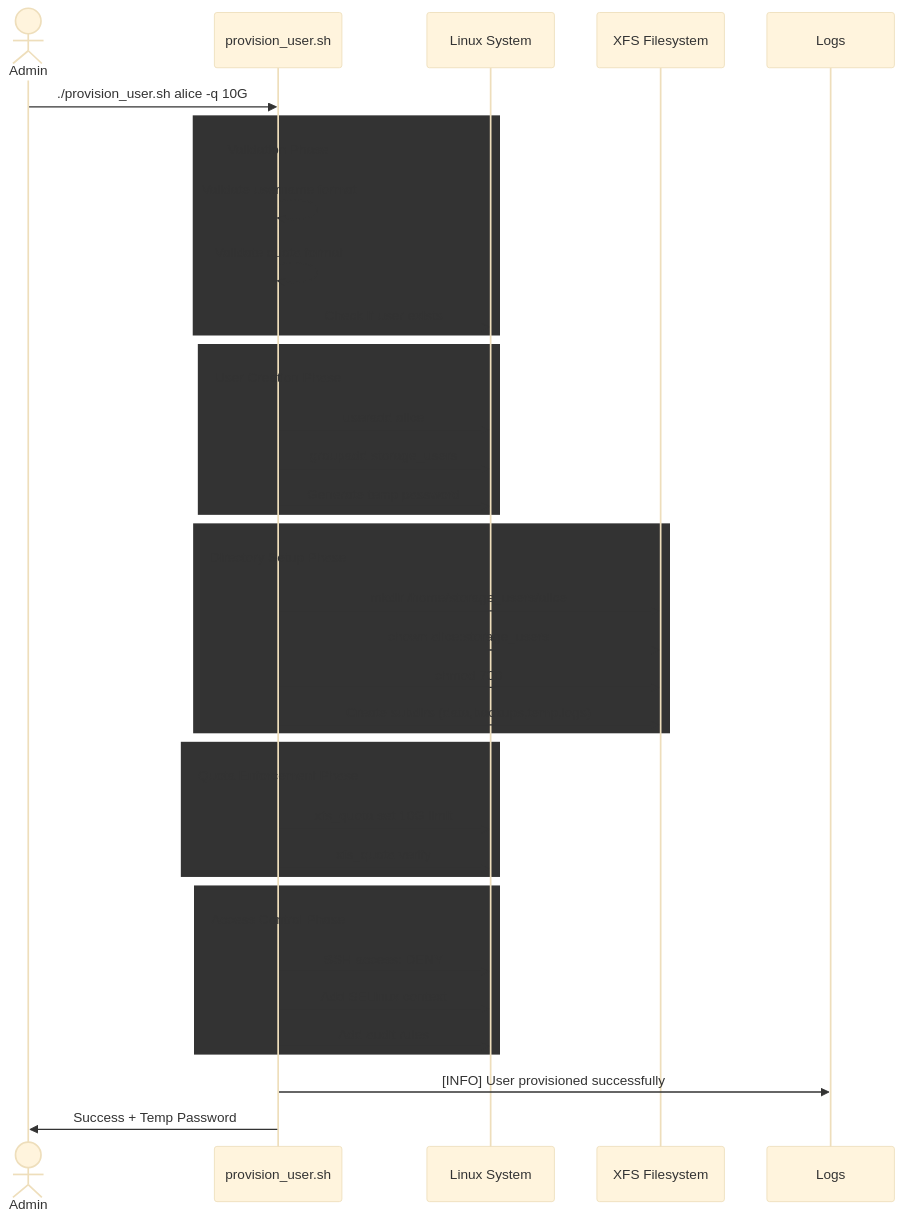
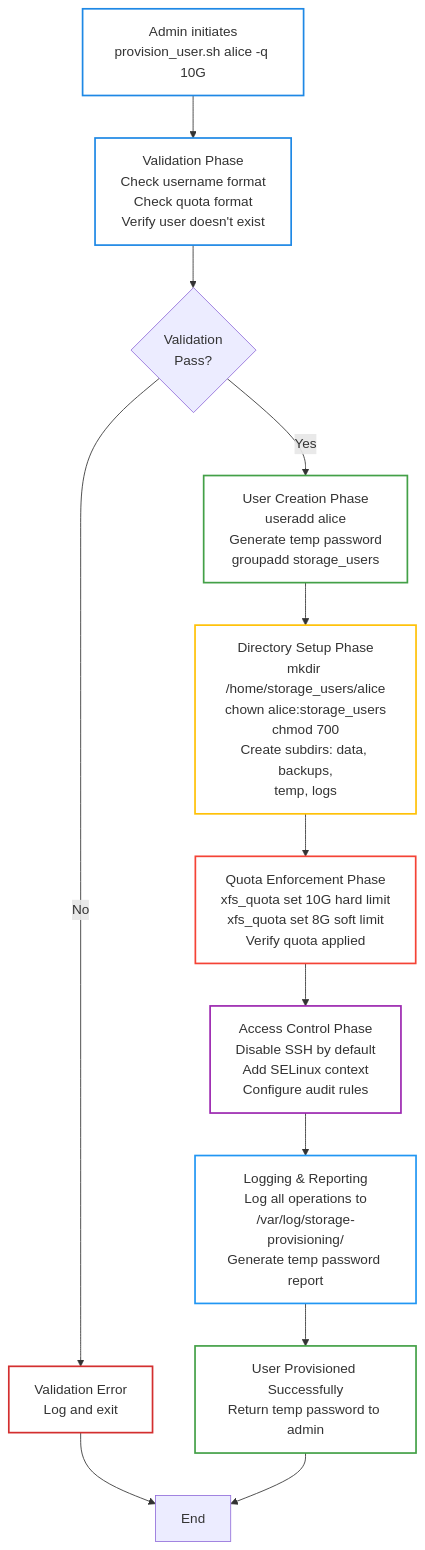
One commit to aaronwittchen/Automated-Storage-Provisioning-Tool changed the third of 7 diagrams in docs/architecture.md. Above: the diagram before and after it, drawn with Mermaid. The commit also changed other lines of this file, not shown here.

First line of the commit message:
Refactor architecture documentation for clarity

````diff
--- a/docs/architecture.md
+++ b/docs/architecture.md
@@ -115,49 +108,31 @@
 ```mermaid
-%%{init: {'theme': 'base', 'themeVariables': { 'background': 'transparent', 'noteBkgColor': 'transparent' }}}%%
-sequenceDiagram
-    actor Admin
-    participant Script as provision_user.sh
-    participant System as Linux System
-    participant FS as XFS Filesystem
-    participant Log as Logs
-
-    Admin->>Script: ./provision_user.sh alice -q 10G
+graph TD
+    Start["Admin initiates<br/>provision_user.sh alice -q 10G"] --> Val["Validation Phase<br/>Check username format<br/>Check quota format<br/>Verify user doesn't exist"]
     
-    rect stroke:#1e88e5,stroke-width:3px,fill:none
-    Note over Script: Validation Phase
-    Script->>Script: Validate username format
-    Script->>Script: Validate quota format
-    Script->>System: Check if user exists
-    end
+    Val --> ValOK{Validation<br/>Pass?}
+    ValOK -->|No| VErr["Validation Error<br/>Log and exit"]
+    ValOK -->|Yes| Create["User Creation Phase<br/>useradd alice<br/>Generate temp password<br/>groupadd storage_users"]
     
-    rect stroke:#43a047,stroke-width:3px,fill:none
-    Note over Script: User Creation Phase
-    Script->>System: useradd alice
-    Script->>System: groupadd storage_users
-    Script->>System: Generate temp password
-    end
+    Create --> Dir["Directory Setup Phase<br/>mkdir /home/storage_users/alice<br/>chown alice:storage_users<br/>chmod 700<br/>Create subdirs: data, backups,<br/>temp, logs"]
     
-    rect stroke:#ffc107,stroke-width:3px,fill:none
-    Note over Script: Directory Setup Phase
-    Script->>FS: mkdir /home/storage_users/alice
-    Script->>FS: chown alice:storage_users
-    Script->>FS: chmod 700
-    Script->>FS: Create subdirs (data,backups,temp,logs)
-    end
+    Dir --> Quota["Quota Enforcement Phase<br/>xfs_quota set 10G hard limit<br/>xfs_quota set 8G soft limit<br/>Verify quota applied"]
     
-    rect stroke:#f44336,stroke-width:3px,fill:none
-    Note over Script: Quota Enforcement Phase
-    Script->>System: xfs_quota set 10G limit
-    Script->>System: xfs_quota verify
-    end
+    Quota --> Access["Access Control Phase<br/>Disable SSH by default<br/>Add SELinux context<br/>Configure audit rules"]
     
-    rect stroke:#9c27b0,stroke-width:3px,fill:none
-    Note over Script: Access Control Phase
-    Script->>System: SSH access: DENY
-    Script->>System: Add SELinux context
-    Script->>System: Add audit rules
-    end
+    Access --> Log["Logging & Reporting<br/>Log all operations to<br/>/var/log/storage-provisioning/<br/>Generate temp password report"]
     
-    Script->>Log: [INFO] User provisioned successfully
-    Script->>Admin: Success + Temp Password
+    Log --> Success["User Provisioned Successfully<br/>Return temp password to admin"]
+    
+    VErr --> End["End"]
+    Success --> End
+    
+    style Start fill:none,stroke:#1e88e5,stroke-width:2px
+    style Val fill:none,stroke:#1e88e5,stroke-width:2px
+    style Create fill:none,stroke:#43a047,stroke-width:2px
+    style Dir fill:none,stroke:#ffc107,stroke-width:2px
+    style Quota fill:none,stroke:#f44336,stroke-width:2px
+    style Access fill:none,stroke:#9c27b0,stroke-width:2px
+    style Log fill:none,stroke:#2196f3,stroke-width:2px
+    style Success fill:none,stroke:#43a047,stroke-width:2px
+    style VErr fill:none,stroke:#d32f2f,stroke-width:2px
 ```
````
